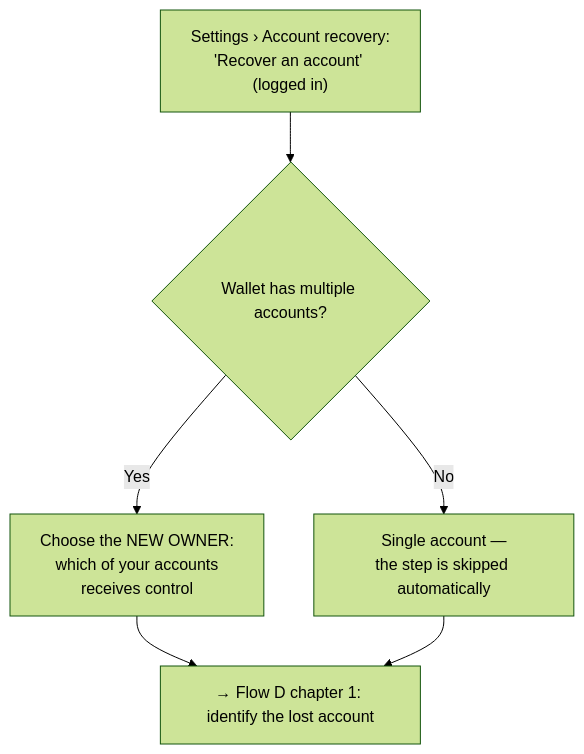
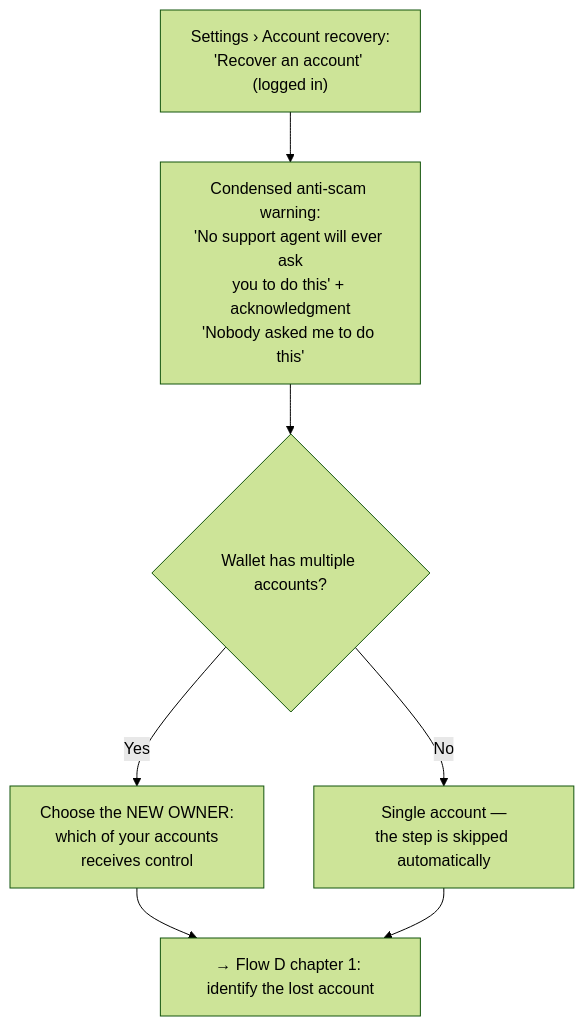
Before and after one commit to FiboAtWonder/kohaku-extension: the eighth of 14 diagrams in social-recovery-ux-flows.md, drawn with Mermaid (forest theme). The commit also changed other lines of this file, not shown here.

````diff
--- a/social-recovery-ux-flows.md
+++ b/social-recovery-ux-flows.md
@@ -314,8 +327,9 @@
 ```mermaid
 flowchart TD
-    A["Settings › Account recovery:<br/>'Recover an account' (logged in)"] --> B{"Wallet has multiple accounts?"}
+    A["Settings › Account recovery:<br/>'Recover an account' (logged in)"] --> W["Condensed anti-scam warning:<br/>'No support agent will ever ask<br/>you to do this' + acknowledgment<br/>'Nobody asked me to do this'"]
+    W --> B{"Wallet has multiple accounts?"}
     B -- Yes --> C["Choose the NEW OWNER:<br/>which of your accounts<br/>receives control"]
     B -- No --> D["Single account —<br/>the step is skipped automatically"]
     C --> E["→ Flow D chapter 1: identify the lost account"]
     D --> E
 ```
````
